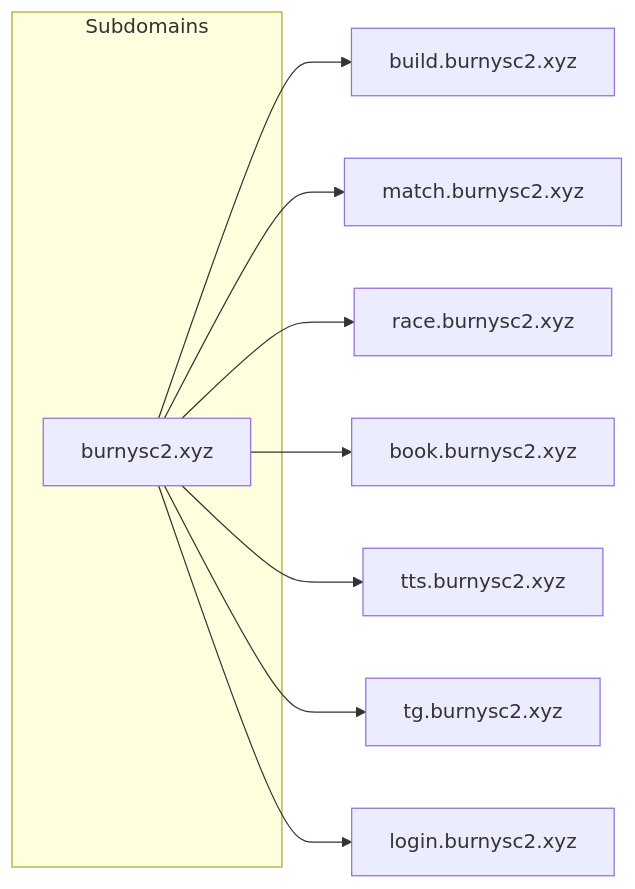
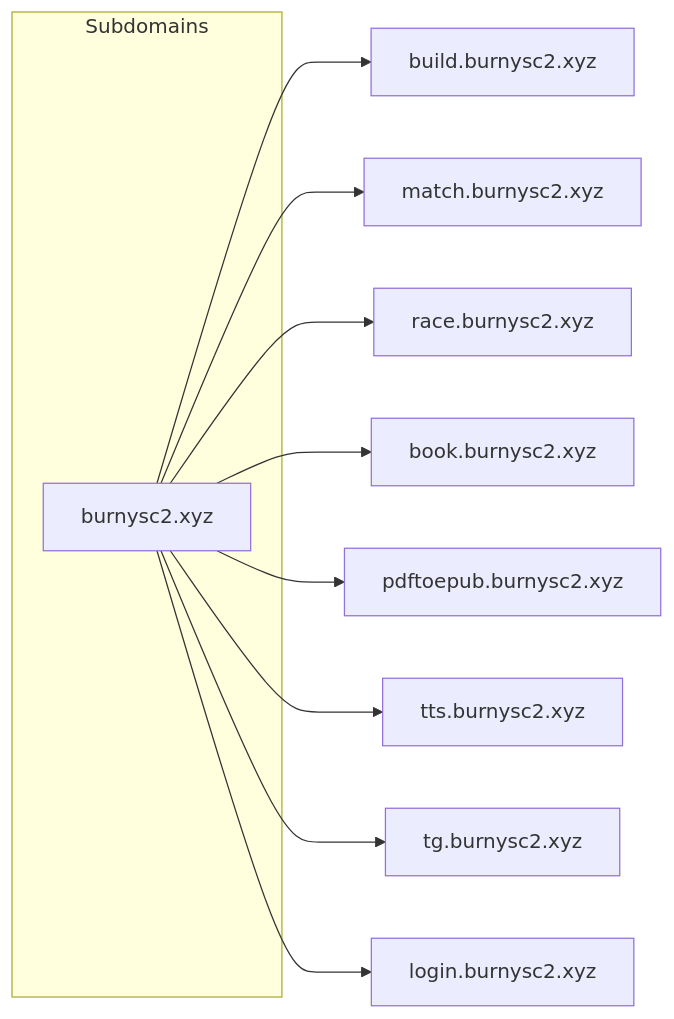
One commit to BurnySc2/monorepo changed the fifth of 5 diagrams in svelte_frontends/README.md. Above: the diagram before and after it, drawn with Mermaid. The commit also changed other lines of this file and 25 other files, not shown here.

Commit message:
Add pdf to epub converter frontend

````diff
--- a/svelte_frontends/README.md
+++ b/svelte_frontends/README.md
@@ -140,14 +146,15 @@
 ```mermaid
 flowchart LR
     subgraph DNS["Subdomains"]
         burnysc2_xyz["burnysc2.xyz"]
     end
 
     burnysc2_xyz --> buildorder["build.burnysc2.xyz"]
     burnysc2_xyz --> matchinfo["match.burnysc2.xyz"]
     burnysc2_xyz --> raceroom["race.burnysc2.xyz"]
     burnysc2_xyz --> audiobook["book.burnysc2.xyz"]
+    burnysc2_xyz --> pdf_to_epub["pdftoepub.burnysc2.xyz"]
     burnysc2_xyz --> tts["tts.burnysc2.xyz"]
     burnysc2_xyz --> telegram["tg.burnysc2.xyz"]
     burnysc2_xyz --> login["login.burnysc2.xyz"]
 ```
````
